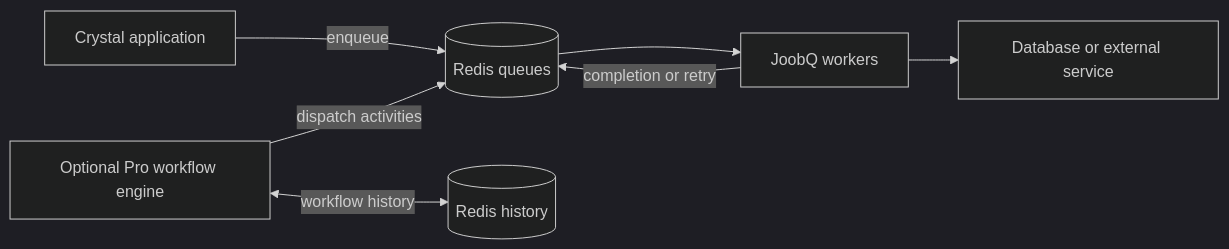
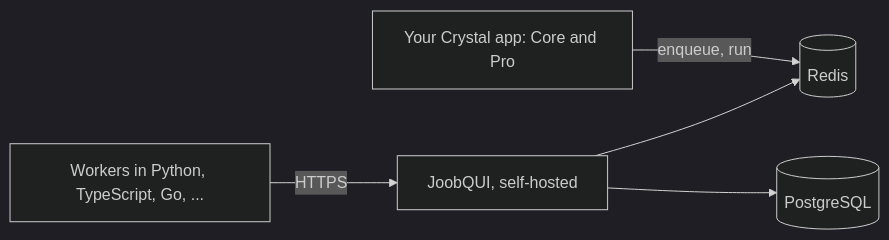
One commit to azutoolkit/joobq changed the diagram in docs/README.md. Above: the diagram before and after it, drawn with Mermaid (dark theme). The commit also changed other lines of this file and 136 other files, not shown here.

First line of the commit message:
Docs overhaul: one Diátaxis book for Core, Pro and JoobQUI (#30)

````diff
--- a/docs/README.md
+++ b/docs/README.md
@@ -36,9 +15,7 @@
 ```mermaid
 flowchart LR
-  App[Crystal application] -->|enqueue| Redis[(Redis queues)]
-  Redis --> Workers[JoobQ workers]
-  Workers --> Service[Database or external service]
-  Workers -->|completion or retry| Redis
-  Pro[Optional Pro workflow engine] -->|dispatch activities| Redis
-  Pro <-->|workflow history| History[(Redis history)]
+  App[Your Crystal app: Core and Pro] -->|enqueue, run| Redis[(Redis)]
+  UI[JoobQUI, self-hosted] --> Redis
+  UI --> PG[(PostgreSQL)]
+  SDK[Workers in Python, TypeScript, Go, ...] -->|HTTPS| UI
 ```
````
